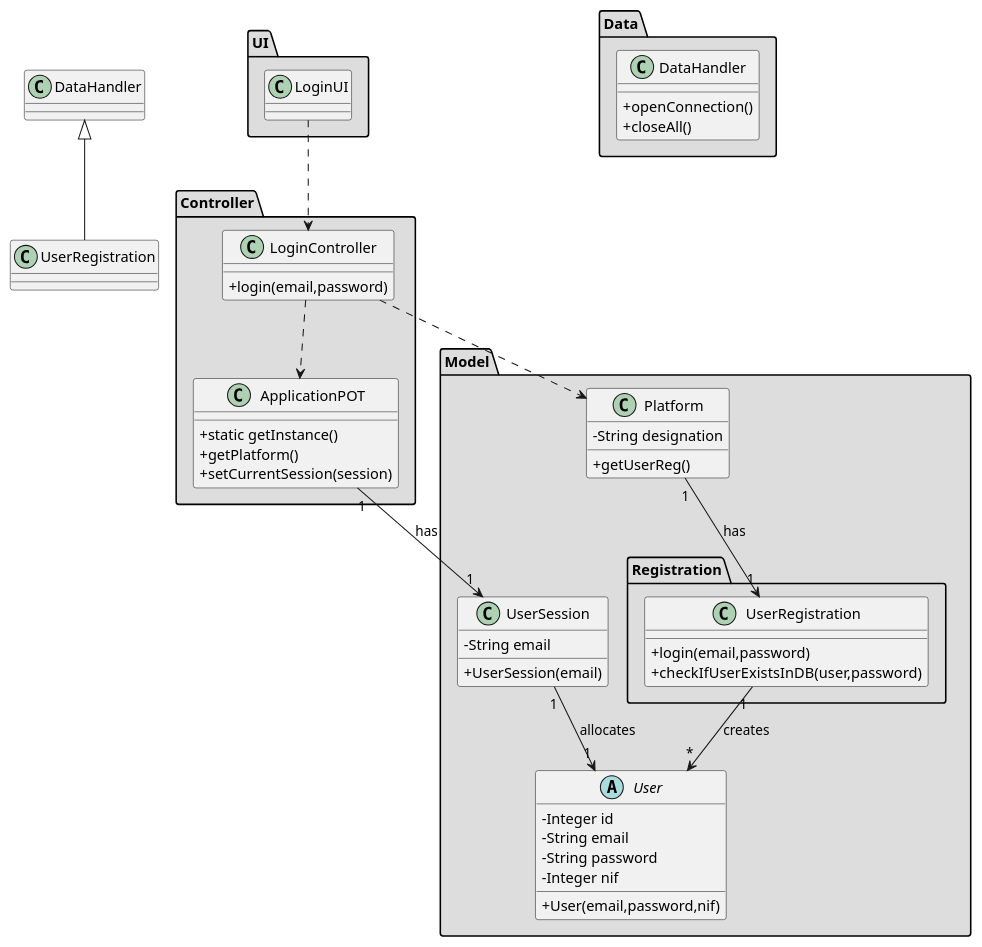
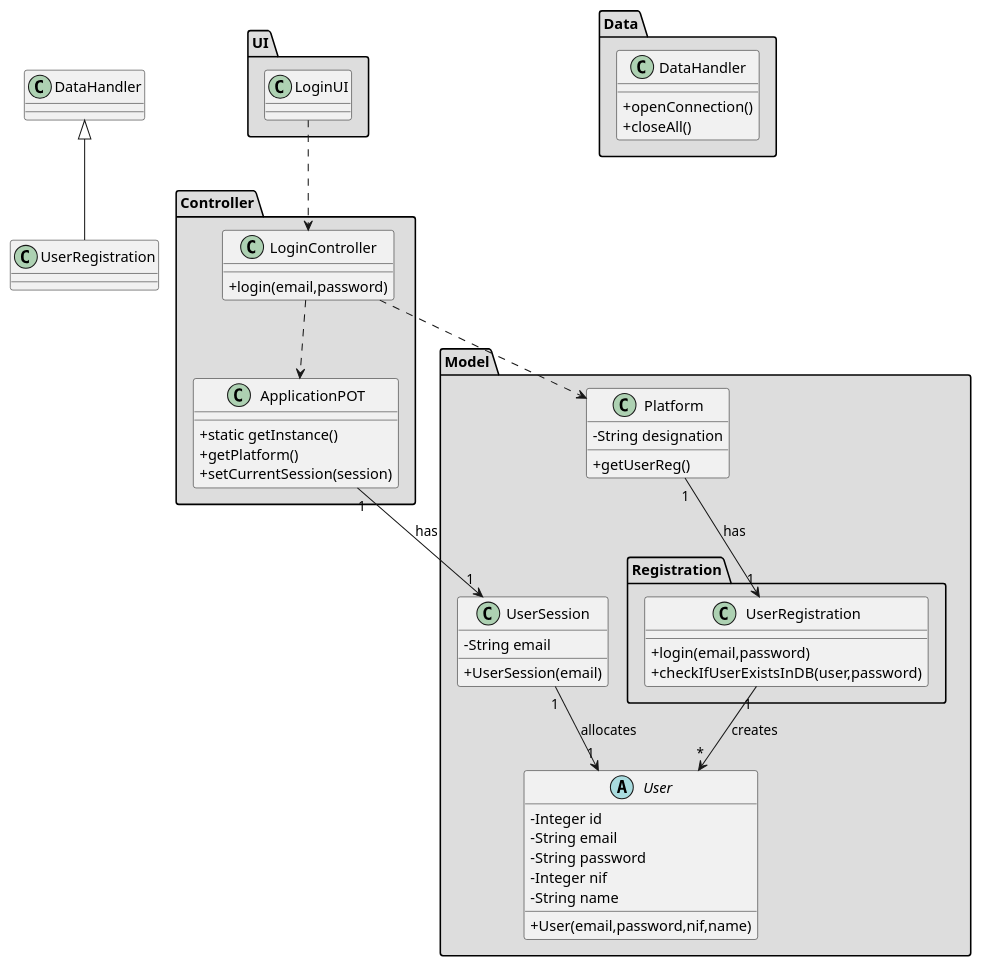
The diagram in docs/Iteration 1/User Management/US67_Login/US67_CD.puml (tiagoavcosta25/LAPR3), drawn with PlantUML before and after one commit. The commit also changed 9 other files, not shown here.

```diff
--- a/docs/Iteration 1/User Management/US67_Login/US67_CD.puml
+++ b/docs/Iteration 1/User Management/US67_Login/US67_CD.puml
@@ -1,84 +1,85 @@
 @startuml
 skinparam classAttributeIconSize 0
 
 
 package "Controller" #DDDDDD {
 class ApplicationPOT
 {
   +static getInstance()
   +getPlatform()
   +setCurrentSession(session)
 }
 }
 
 
 package "UI" #DDDDDD {
 class LoginUI{
 
 }
 }
 
 
 package "Controller" #DDDDDD {
 class LoginController{
 +login(email,password)
 }
 }
 
 
 package "Model" #DDDDDD {
 class Platform {
   -String designation
   +getUserReg()
 }
 package "Registration" #DDDDDD {
  class UserRegistration{
  +login(email,password)
  +checkIfUserExistsInDB(user,password)
  }
  }
 }
 
 
 
 
 package "Model" #DDDDDD {
 abstract class User{
 -Integer id
 -String email
 -String password
 -Integer nif
-+User(email,password,nif)
+-String name
++User(email,password,nif,name)
 }
 
 class UserSession{
 -String email
 +UserSession(email)
 }
 
 
 
 
 }
 
 
 package "Data" #DDDDDD {
 class DataHandler{
 +openConnection()
 +closeAll()
 }
 
 }
 
 
 LoginUI ..> LoginController
 LoginController ..> Platform
 LoginController ..> ApplicationPOT
 Platform "1" --> "1" UserRegistration : has
 UserRegistration "1" --> "*" User : creates
 class UserRegistration extends DataHandler
 ApplicationPOT "1" --> "1" UserSession : has
 UserSession "1" --> "1" User : allocates
 
 
 @enduml
```
